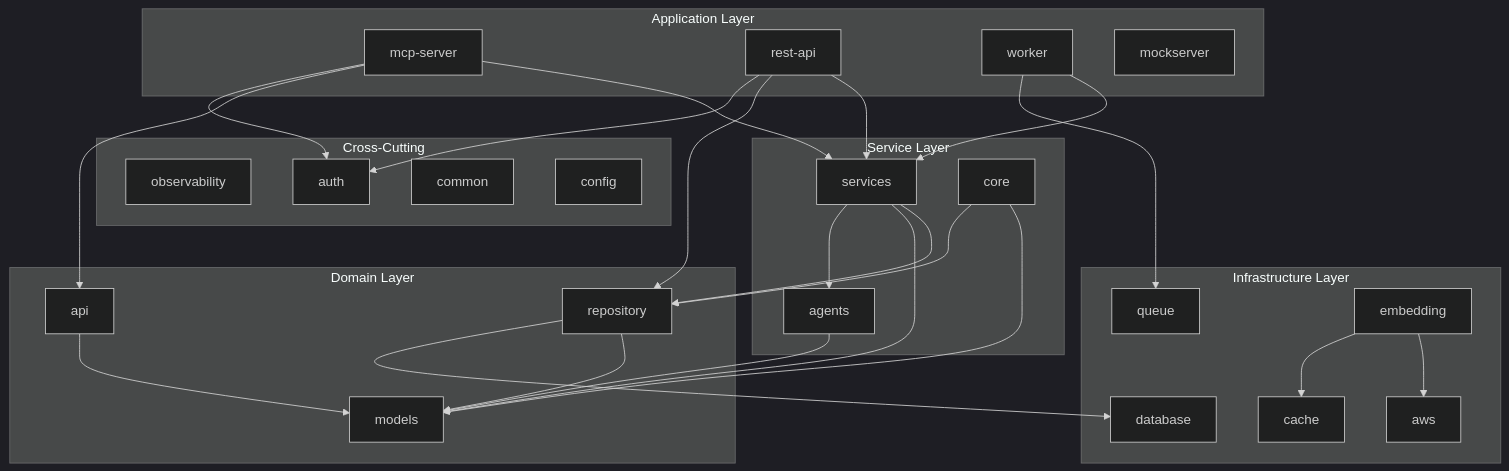
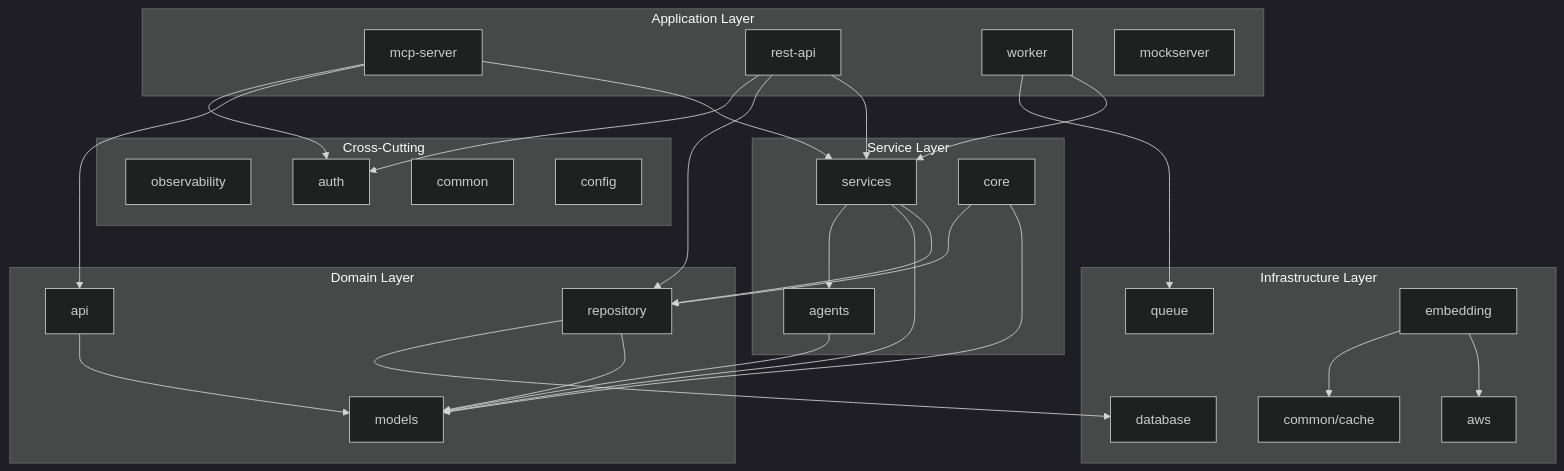
One commit to smartramana/developer-mesh changed the diagram in docs/architecture/package-dependencies.md. Above: the diagram before and after it, drawn with Mermaid (dark theme). The commit also changed other lines of this file and 39 other files, not shown here.

````diff
--- a/docs/architecture/package-dependencies.md
+++ b/docs/architecture/package-dependencies.md
@@ -16,64 +16,64 @@
 ```mermaid
 graph TD
     subgraph "Application Layer"
         MS[mcp-server]
         RA[rest-api]
         W[worker]
         MOCK[mockserver]
     end
     
     subgraph "Service Layer"
         SVC[services]
         AGENTS[agents]
         CORE[core]
     end
     
     subgraph "Domain Layer"
         MODELS[models]
         REPO[repository]
         API[api]
     end
     
     subgraph "Infrastructure Layer"
         AWS[aws]
         DB[database]
-        CACHE[cache]
+        CACHE[common/cache]
         QUEUE[queue]
         EMB[embedding]
     end
     
     subgraph "Cross-Cutting"
         OBS[observability]
         AUTH[auth]
         COMMON[common]
         CONFIG[config]
     end
     
     MS --> SVC
     MS --> API
     MS --> AUTH
     
     RA --> SVC
     RA --> REPO
     RA --> AUTH
     
     W --> SVC
     W --> QUEUE
     
     SVC --> REPO
     SVC --> MODELS
     SVC --> AGENTS
     
     REPO --> MODELS
     REPO --> DB
     
     EMB --> AWS
     EMB --> CACHE
     
     API --> MODELS
     
     AGENTS --> MODELS
     
     CORE --> MODELS
     CORE --> REPO
 ```
````
